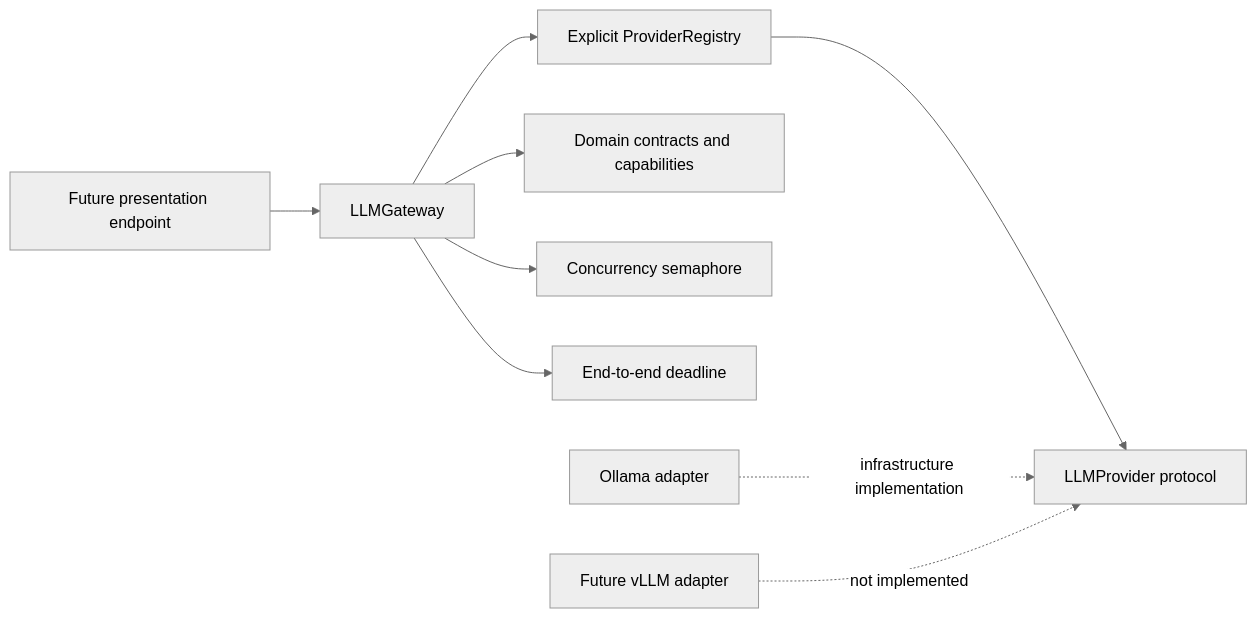
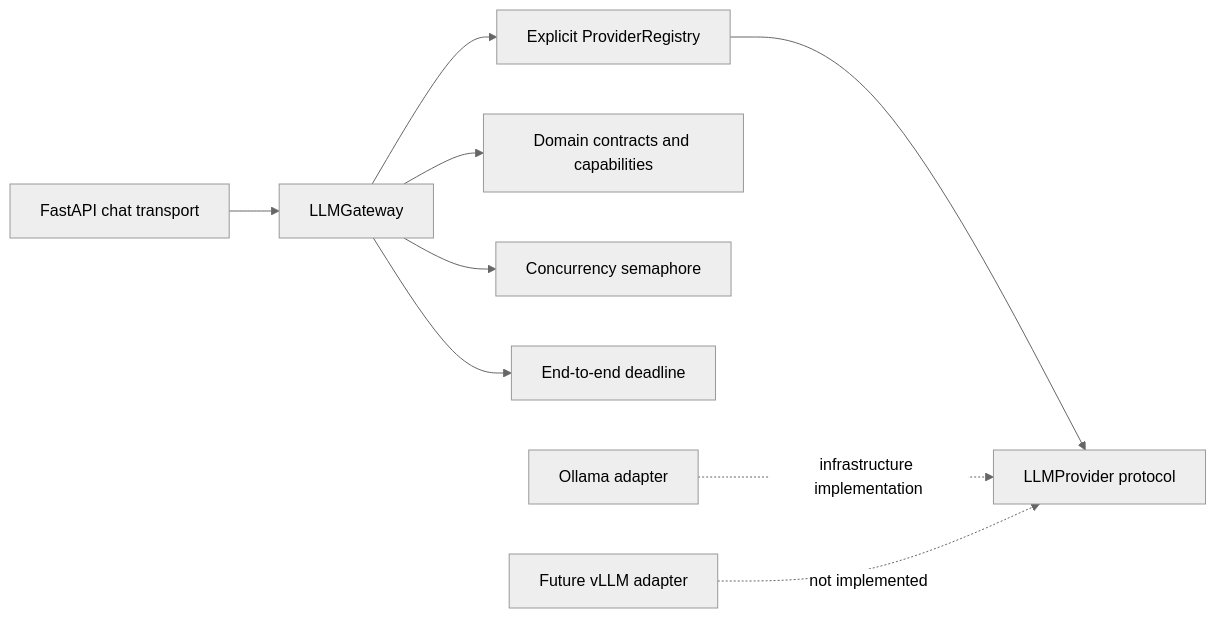
The diagram in docs/architecture/llm-gateway.md (hodumaitran/mm-ai-platform), drawn with Mermaid (neutral theme) before and after one commit. The commit also changed other lines of this file and 48 other files, not shown here.

````diff
--- a/docs/architecture/llm-gateway.md
+++ b/docs/architecture/llm-gateway.md
@@ -8,11 +9,11 @@
 ```mermaid
 flowchart LR
-  P[Future presentation endpoint] --> G[LLMGateway]
+  P[FastAPI chat transport] --> G[LLMGateway]
   G --> R[Explicit ProviderRegistry]
   G --> C[Domain contracts and capabilities]
   G --> S[Concurrency semaphore]
   G --> T[End-to-end deadline]
   R --> I[LLMProvider protocol]
   OA[Ollama adapter] -. infrastructure implementation .-> I
   VA[Future vLLM adapter] -. not implemented .-> I
 ```
````
